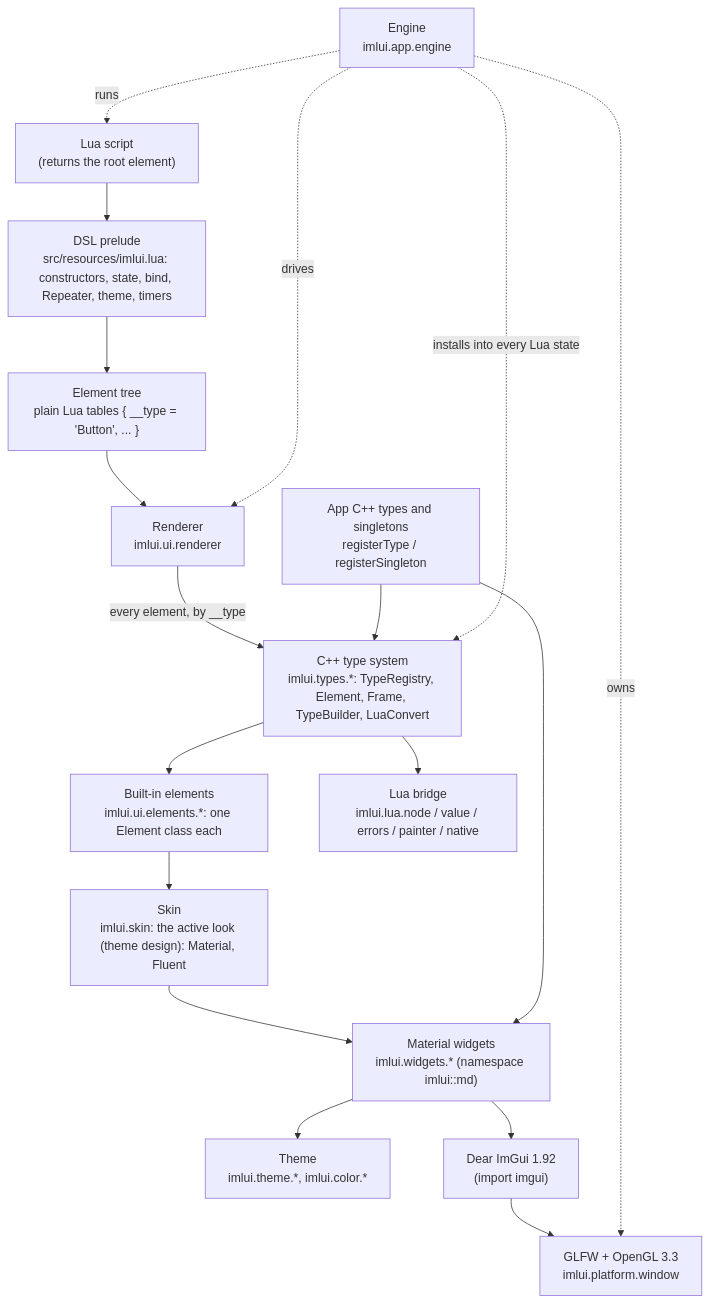
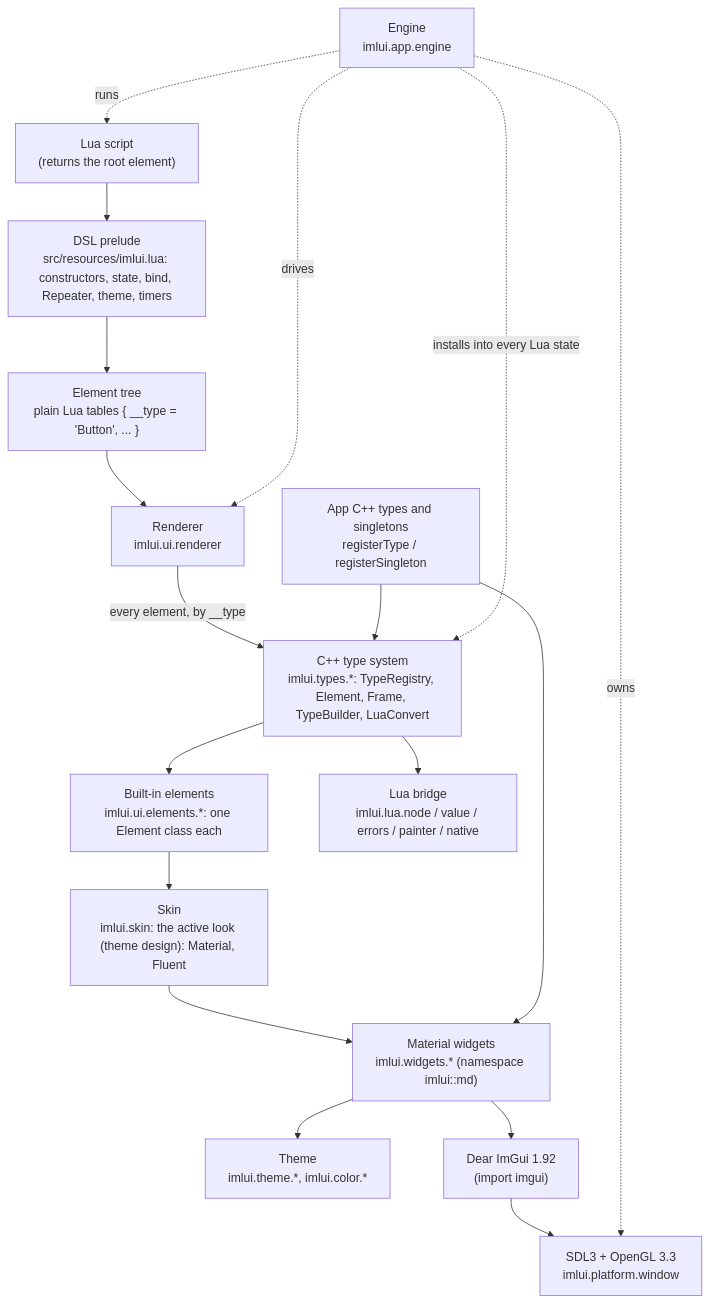
The diagram in docs/architecture.md (MyJules/imlui), drawn with Mermaid before and after one commit. The commit also changed other lines of this file and 6 other files, not shown here.

First line of the commit message:
Docs: SDL3 replaces GLFW

````diff
--- a/docs/architecture.md
+++ b/docs/architecture.md
@@ -5,20 +5,20 @@
 ```mermaid
 flowchart TD
     S["Lua script<br/>(returns the root element)"] --> P["DSL prelude<br/>src/resources/imlui.lua: constructors, state, bind, Repeater, theme, timers"]
     P --> T["Element tree<br/>plain Lua tables { __type = 'Button', ... }"]
     T --> R["Renderer<br/>imlui.ui.renderer"]
     R -->|"every element, by __type"| TY["C++ type system<br/>imlui.types.*: TypeRegistry, Element, Frame, TypeBuilder, LuaConvert"]
     TY --> EL["Built-in elements<br/>imlui.ui.elements.*: one Element class each"]
     C["App C++ types and singletons<br/>registerType / registerSingleton"] --> TY
     EL --> SK["Skin<br/>imlui.skin: the active look (theme design): Material, Fluent"]
     SK --> W["Material widgets<br/>imlui.widgets.* (namespace imlui::md)"]
     TY --> N["Lua bridge<br/>imlui.lua.node / value / errors / painter / native"]
     C --> W
     W --> TH["Theme<br/>imlui.theme.*, imlui.color.*"]
     W --> I["Dear ImGui 1.92<br/>(import imgui)"]
-    I --> G["GLFW + OpenGL 3.3<br/>imlui.platform.window"]
+    I --> G["SDL3 + OpenGL 3.3<br/>imlui.platform.window"]
     E["Engine<br/>imlui.app.engine"] -.owns.-> G
     E -.runs.-> S
     E -.drives.-> R
     E -.installs into every Lua state.-> TY
 ```
````
